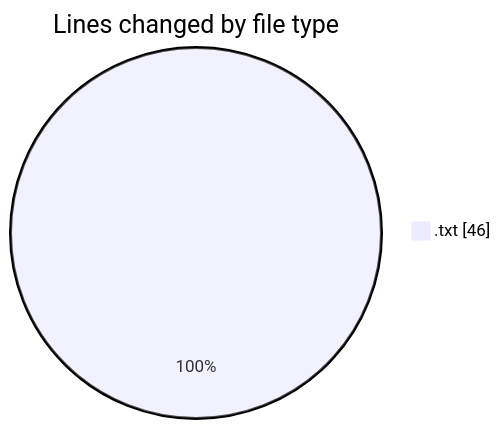
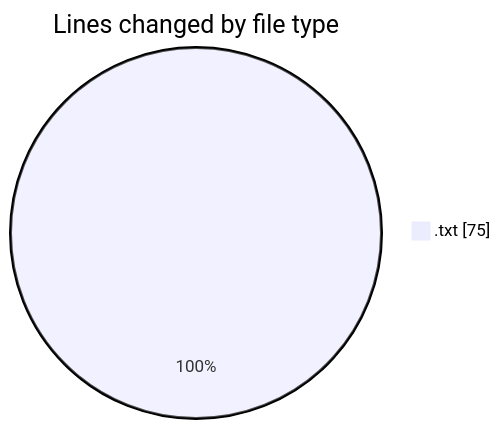
Before and after one commit to lephambinh05/code-tracking: the first of 2 diagrams in 2025-07-29/csdl/README.md, drawn with Mermaid. The commit also changed other lines of this file and 1 other file, not shown here.

````diff
--- a/2025-07-29/csdl/README.md
+++ b/2025-07-29/csdl/README.md
@@ -20,5 +20,5 @@
 ```mermaid
 pie showData
 title Lines changed by file type
-".txt" : 46
+".txt" : 75
 ```
````
